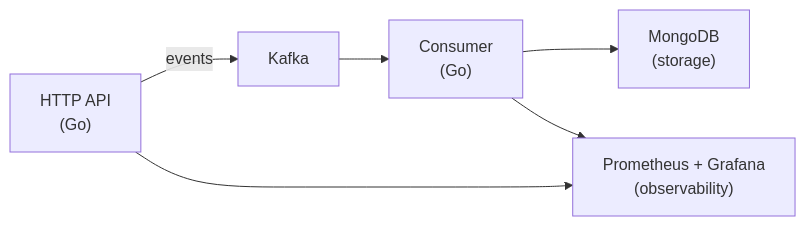
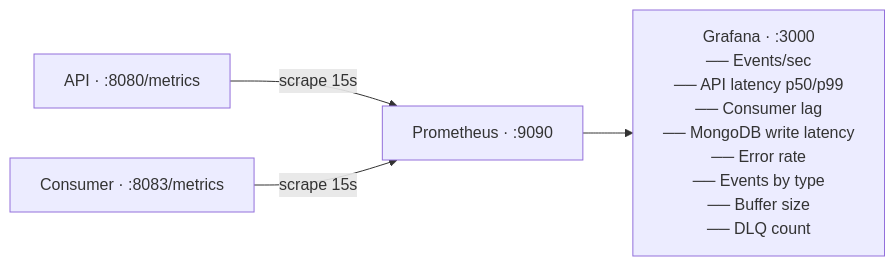
Before and after one commit to zurek11/pulse-pipeline: the second of 2 diagrams in README.md, drawn with Mermaid. The commit also changed other lines of this file and 5 other files, not shown here.

````diff
--- a/README.md
+++ b/README.md
@@ -9,8 +89,15 @@
 ```mermaid
 flowchart LR
-    A["HTTP API\n(Go)"] -->|events| B[Kafka]
-    B --> C["Consumer\n(Go)"]
-    C --> D["MongoDB\n(storage)"]
-    A --> E["Prometheus + Grafana\n(observability)"]
-    C --> E
+    A["API · :8080/metrics"] -->|scrape 15s| C
+    B["Consumer · :8083/metrics"] -->|scrape 15s| C
+    C["Prometheus · :9090"] --> D
+    D["Grafana · :3000
+    ── Events/sec
+    ── API latency p50/p99
+    ── Consumer lag
+    ── MongoDB write latency
+    ── Error rate
+    ── Events by type
+    ── Buffer size
+    ── DLQ count"]
 ```
````
